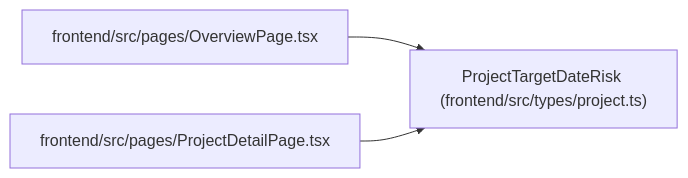
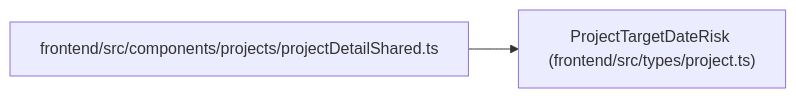
Before and after one commit to Denissvgn/WorkChord: the diagram in docs/llm_wiki/entities/types_project_ProjectTargetDateRisk.md, drawn with Mermaid. The commit also changed other lines of this file and 2373 other files, not shown here.

````diff
--- a/docs/llm_wiki/entities/types_project_ProjectTargetDateRisk.md
+++ b/docs/llm_wiki/entities/types_project_ProjectTargetDateRisk.md
@@ -28,11 +28,8 @@
 ```mermaid
 flowchart LR
     n0["ProjectTargetDateRisk (frontend/src/types/project.ts)"]
-    n1["frontend/src/pages/OverviewPage.tsx"]
-    n2["frontend/src/pages/ProjectDetailPage.tsx"]
+    n1["frontend/src/components/projects/projectDetailShared.ts"]
     n1 --> n0
-    n2 --> n0
     click n0 "../modules/types_project.md"
-    click n1 "../modules/OverviewPage.md"
-    click n2 "../modules/ProjectDetailPage.md"
+    click n1 "../modules/projectDetailShared.md"
 ```
````
